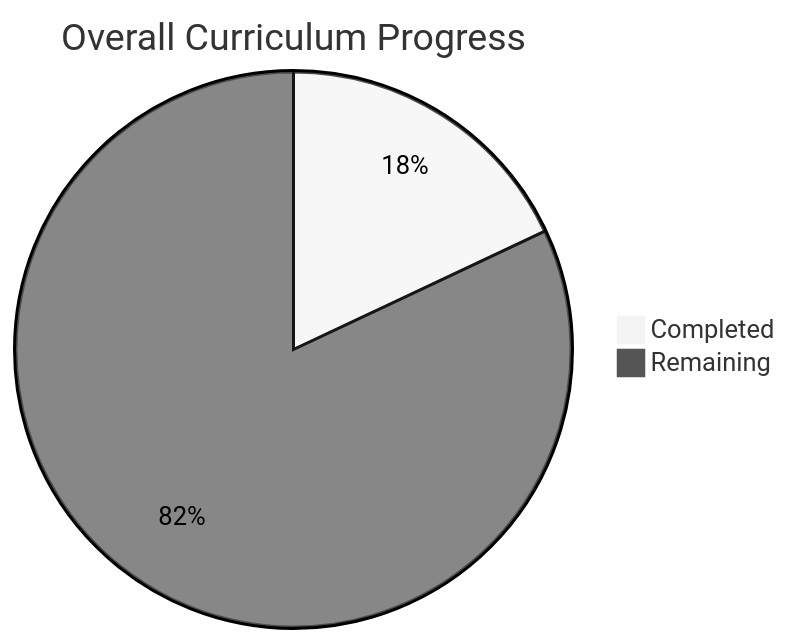
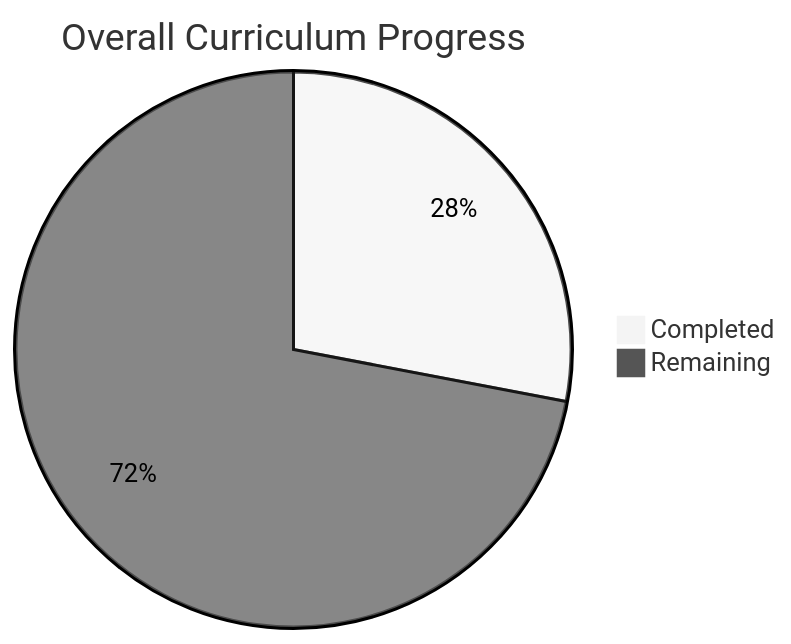
One commit to Muazislam/FullStack-Engineering-Education changed the second of 3 diagrams in learning-system/progress/PROGRESS.md. Above: the diagram before and after it, drawn with Mermaid (neutral theme). The commit also changed other lines of this file and 2 other files, not shown here.

````diff
--- a/learning-system/progress/PROGRESS.md
+++ b/learning-system/progress/PROGRESS.md
@@ -82,5 +82,5 @@
 ```mermaid
 pie title Overall Curriculum Progress
-  "Completed" : 18
-  "Remaining" : 82
+  "Completed" : 28
+  "Remaining" : 72
 ```
````
